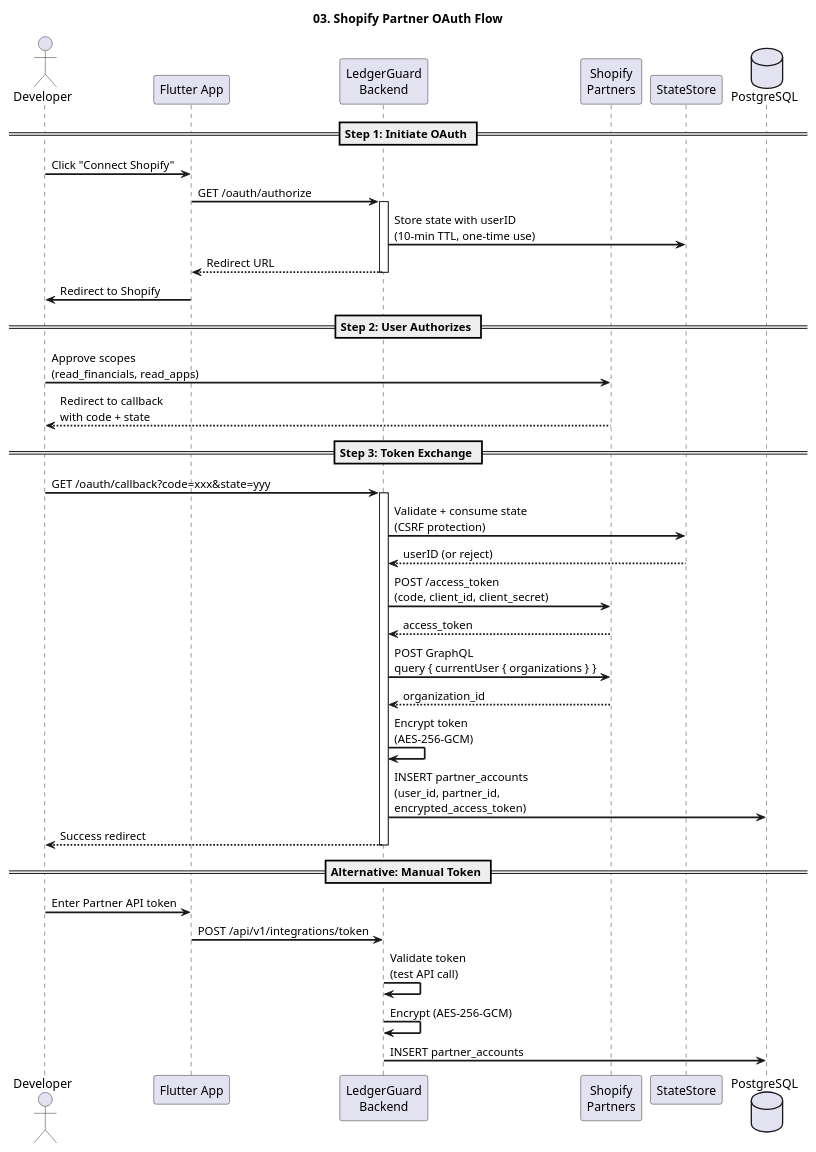
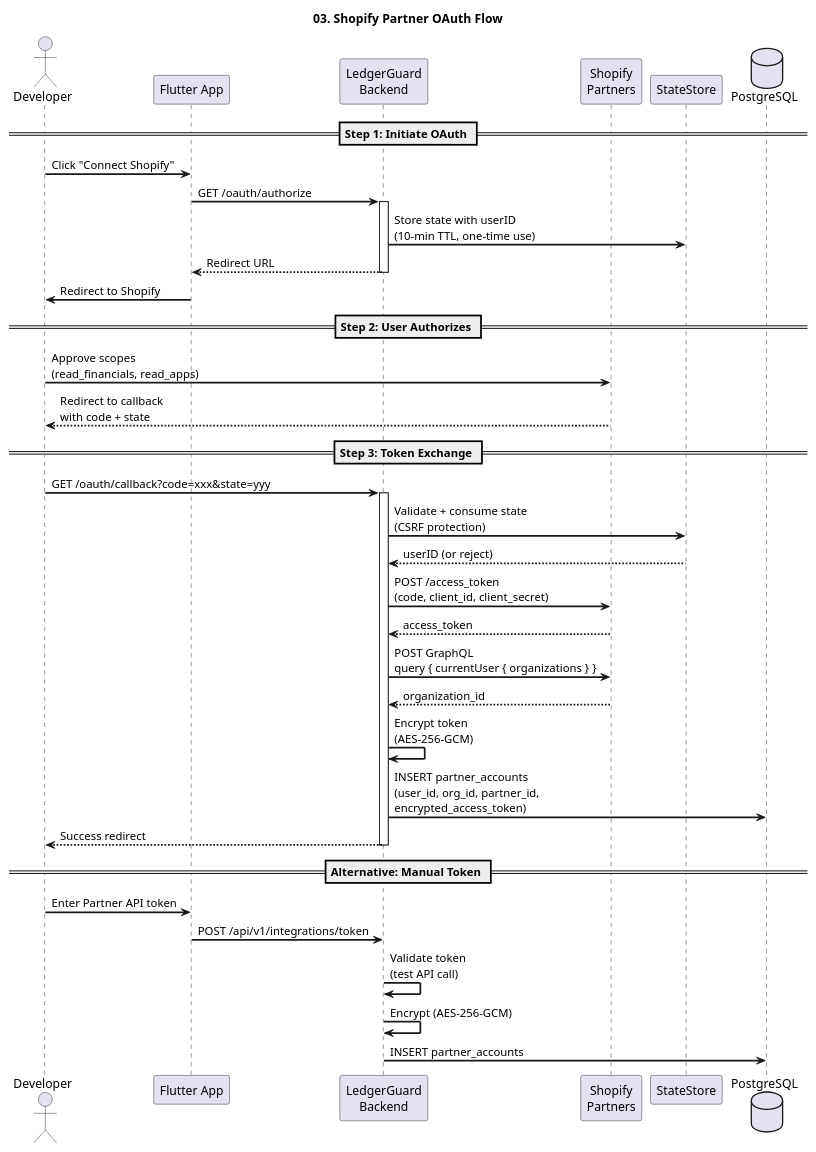
The diagram in docs/diagrams/puml/03-shopify-partner-oauth-sequence.puml (sachin-sivadasan/ledgerguard), drawn with PlantUML before and after one commit. The commit also changed 51 other files, not shown here.

```diff
--- a/docs/diagrams/puml/03-shopify-partner-oauth-sequence.puml
+++ b/docs/diagrams/puml/03-shopify-partner-oauth-sequence.puml
@@ -1,53 +1,53 @@
 @startuml
 title 03. Shopify Partner OAuth Flow
 
 skinparam sequenceArrowThickness 2
 
 actor "Developer" as Dev
 participant "Flutter App" as App
 participant "LedgerGuard\nBackend" as LG
 participant "Shopify\nPartners" as Shopify
 participant "StateStore" as State
 database "PostgreSQL" as DB
 
 == Step 1: Initiate OAuth ==
 Dev -> App: Click "Connect Shopify"
 App -> LG: GET /oauth/authorize
 activate LG
 LG -> State: Store state with userID\n(10-min TTL, one-time use)
 LG --> App: Redirect URL
 deactivate LG
 App -> Dev: Redirect to Shopify
 
 == Step 2: User Authorizes ==
 Dev -> Shopify: Approve scopes\n(read_financials, read_apps)
 Shopify --> Dev: Redirect to callback\nwith code + state
 
 == Step 3: Token Exchange ==
 Dev -> LG: GET /oauth/callback?code=xxx&state=yyy
 activate LG
 
 LG -> State: Validate + consume state\n(CSRF protection)
 State --> LG: userID (or reject)
 
 LG -> Shopify: POST /access_token\n(code, client_id, client_secret)
 Shopify --> LG: access_token
 
 LG -> Shopify: POST GraphQL\nquery { currentUser { organizations } }
 Shopify --> LG: organization_id
 
 LG -> LG: Encrypt token\n(AES-256-GCM)
 
-LG -> DB: INSERT partner_accounts\n(user_id, partner_id,\nencrypted_access_token)
+LG -> DB: INSERT partner_accounts\n(user_id, org_id, partner_id,\nencrypted_access_token)
 
 LG --> Dev: Success redirect
 deactivate LG
 
 == Alternative: Manual Token ==
 Dev -> App: Enter Partner API token
 App -> LG: POST /api/v1/integrations/token
 LG -> LG: Validate token\n(test API call)
 LG -> LG: Encrypt (AES-256-GCM)
 LG -> DB: INSERT partner_accounts
 
 @enduml
```
